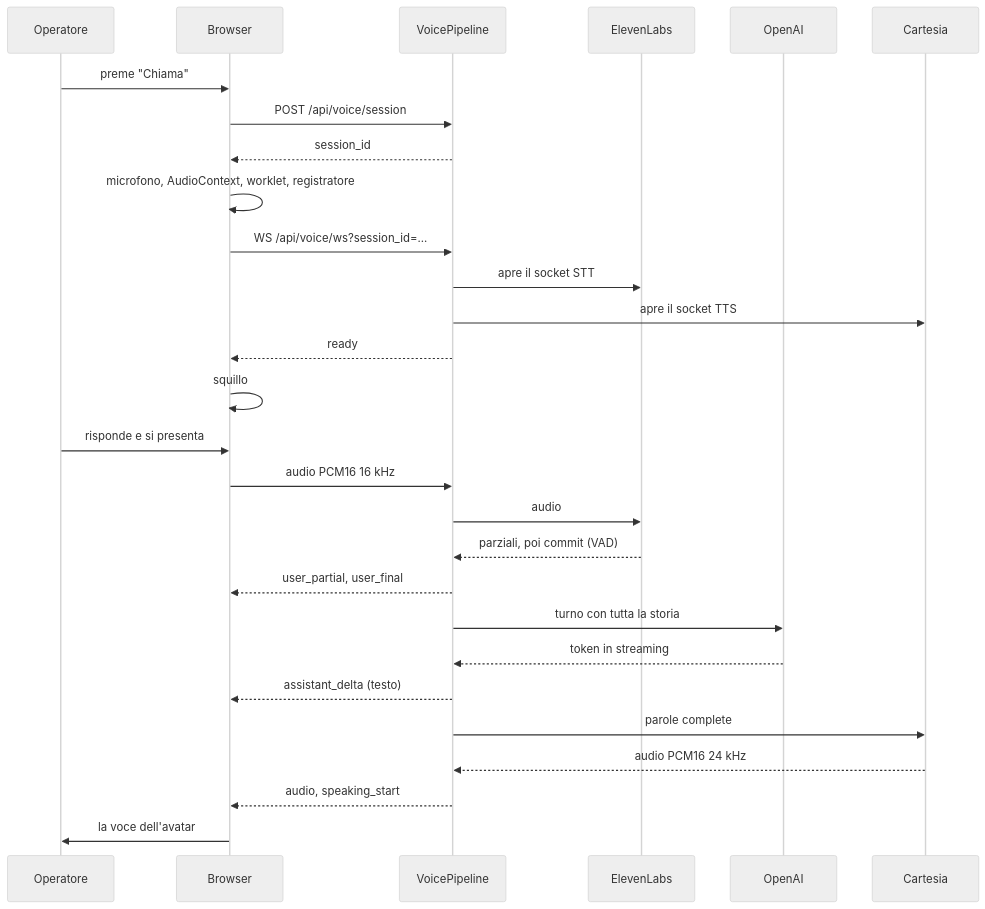
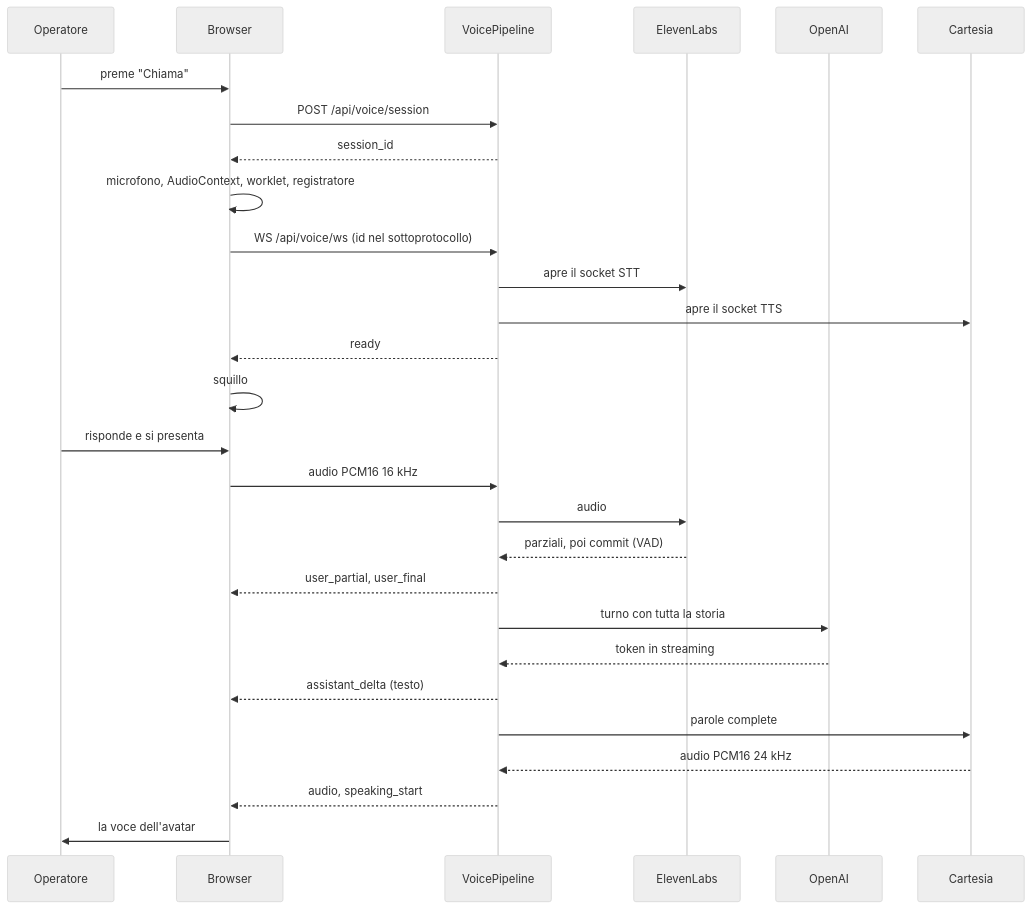
Before and after one commit to DavideZanellato99/SkillLab: the first of 2 diagrams in docs/chiamata-vocale.md, drawn with Mermaid (neutral theme). The commit also changed other lines of this file and 20 other files, not shown here.

````diff
--- a/docs/chiamata-vocale.md
+++ b/docs/chiamata-vocale.md
@@ -10,31 +10,31 @@
 ```mermaid
 sequenceDiagram
     participant O as Operatore
     participant B as Browser
     participant P as VoicePipeline
     participant E as ElevenLabs
     participant L as OpenAI
     participant C as Cartesia
 
     O->>B: preme "Chiama"
     B->>P: POST /api/voice/session
     P-->>B: session_id
     B->>B: microfono, AudioContext, worklet, registratore
-    B->>P: WS /api/voice/ws?session_id=...
+    B->>P: WS /api/voice/ws (id nel sottoprotocollo)
     P->>E: apre il socket STT
     P->>C: apre il socket TTS
     P-->>B: ready
     B->>B: squillo
     O->>B: risponde e si presenta
     B->>P: audio PCM16 16 kHz
     P->>E: audio
     E-->>P: parziali, poi commit (VAD)
     P-->>B: user_partial, user_final
     P->>L: turno con tutta la storia
     L-->>P: token in streaming
     P-->>B: assistant_delta (testo)
     P->>C: parole complete
     C-->>P: audio PCM16 24 kHz
     P-->>B: audio, speaking_start
     B->>O: la voce dell'avatar
 ```
````
